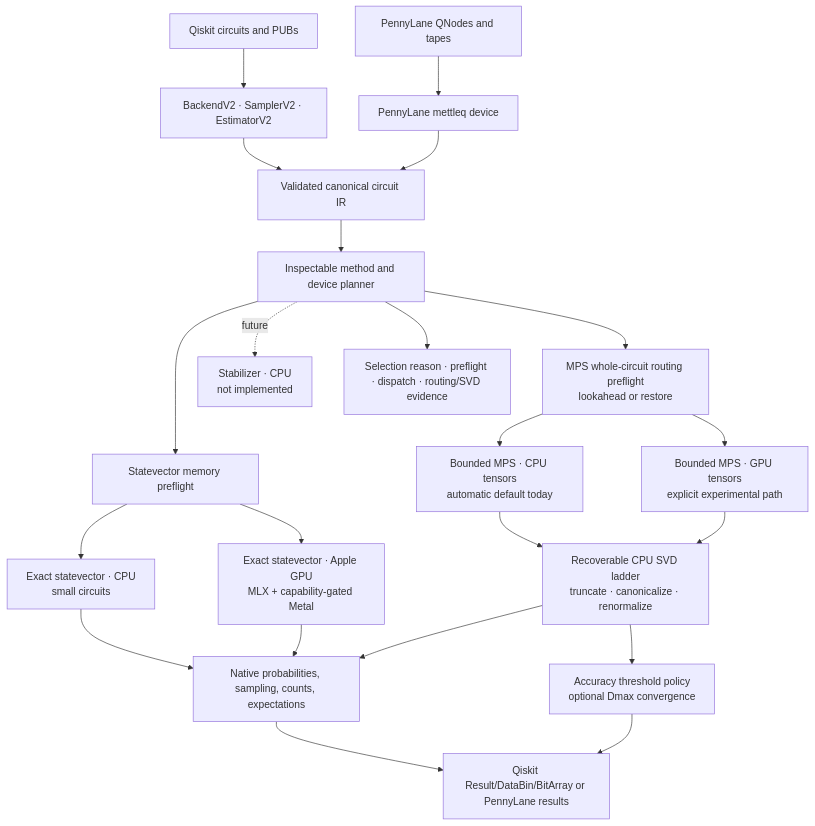
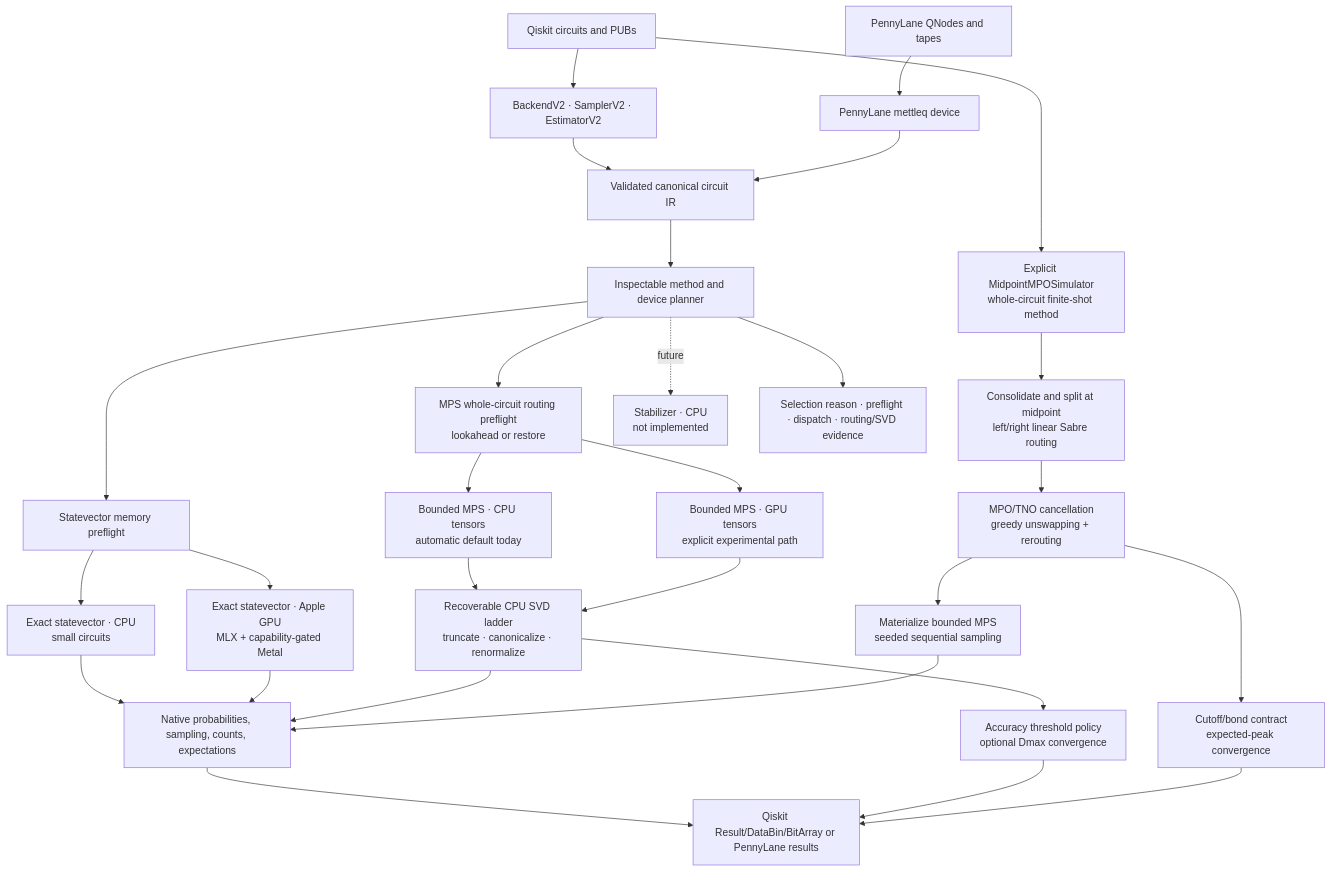
The diagram in README.md (MonitSharma/MettleQ), drawn with Mermaid before and after one commit. The commit also changed other lines of this file and 30 other files, not shown here.

Commit message:
Publish midpoint MPO convergence evidence

````diff
--- a/README.md
+++ b/README.md
@@ -323,27 +374,34 @@
 ```mermaid
 flowchart TB
     QISKIT["Qiskit circuits and PUBs"] --> QAPI["BackendV2 · SamplerV2 · EstimatorV2"]
+    QISKIT --> MPOAPI["Explicit MidpointMPOSimulator<br/>whole-circuit finite-shot method"]
     PL["PennyLane QNodes and tapes"] --> PAPI["PennyLane mettleq device"]
     QAPI --> IR["Validated canonical circuit IR"]
     PAPI --> IR
     IR --> PLAN["Inspectable method and device planner"]
 
     PLAN --> SVSAFE["Statevector memory preflight"]
     SVSAFE --> SVCPU["Exact statevector · CPU<br/>small circuits"]
     SVSAFE --> SVGPU["Exact statevector · Apple GPU<br/>MLX + capability-gated Metal"]
 
     PLAN --> ROUTE["MPS whole-circuit routing preflight<br/>lookahead or restore"]
     ROUTE --> MPSCPU["Bounded MPS · CPU tensors<br/>automatic default today"]
     ROUTE --> MPSGPU["Bounded MPS · GPU tensors<br/>explicit experimental path"]
     MPSCPU --> SPLIT["Recoverable CPU SVD ladder<br/>truncate · canonicalize · renormalize"]
     MPSGPU --> SPLIT
+    MPOAPI --> MIDPOINT["Consolidate and split at midpoint<br/>left/right linear Sabre routing"]
+    MIDPOINT --> UNSWAP["MPO/TNO cancellation<br/>greedy unswapping + rerouting"]
+    UNSWAP --> MPOSAMPLE["Materialize bounded MPS<br/>seeded sequential sampling"]
     PLAN -. future .-> STAB["Stabilizer · CPU<br/>not implemented"]
 
     SVCPU --> MEASURE["Native probabilities, sampling, counts, expectations"]
     SVGPU --> MEASURE
     SPLIT --> MEASURE
+    MPOSAMPLE --> MEASURE
     MEASURE --> RESULTS["Qiskit Result/DataBin/BitArray or PennyLane results"]
     SPLIT --> TRUST["Accuracy threshold policy<br/>optional Dmax convergence"]
+    UNSWAP --> MPOTRUST["Cutoff/bond contract<br/>expected-peak convergence"]
     TRUST --> RESULTS
+    MPOTRUST --> RESULTS
     PLAN --> EVIDENCE["Selection reason · preflight · dispatch · routing/SVD evidence"]
 ```
````
